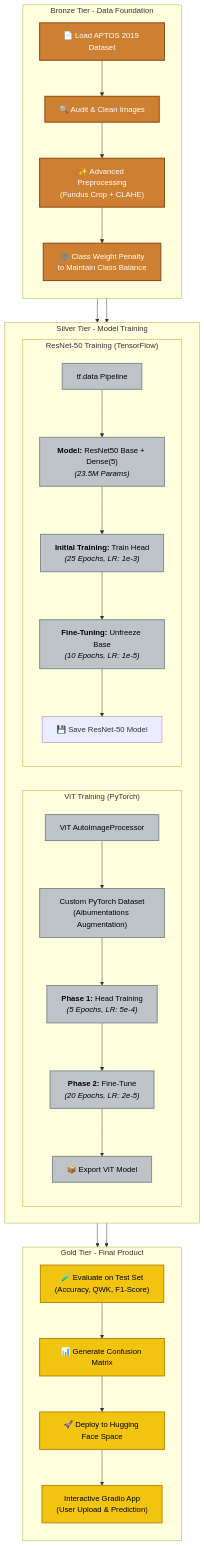
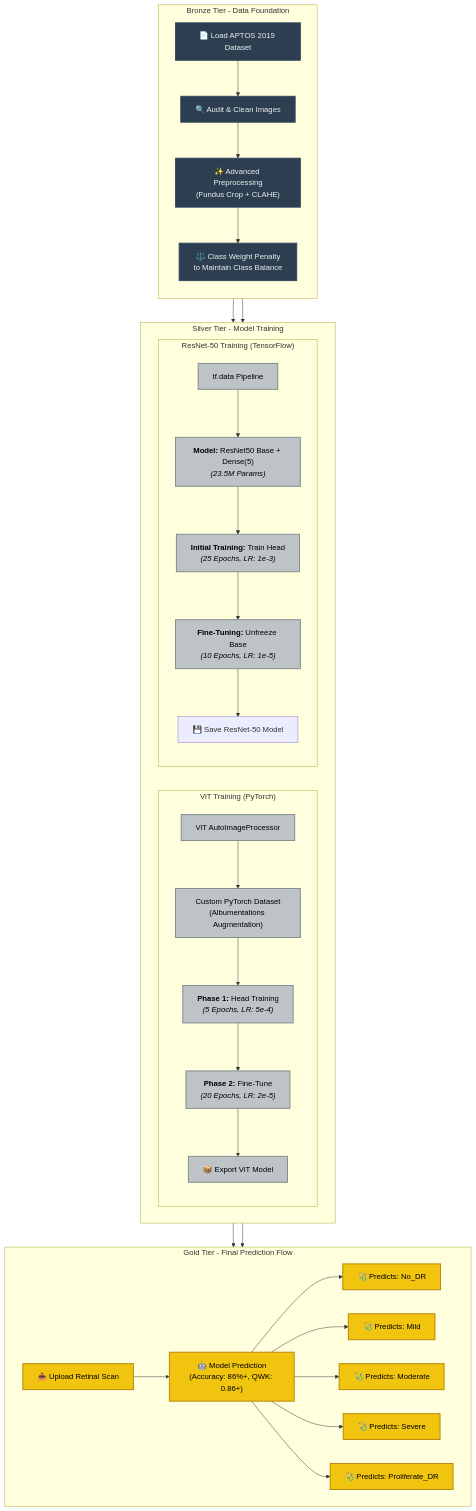
The diagram in README.md (Yeshwanth-git-tech/DiabeticRetinopathy-ViT-Resnet), drawn with Mermaid before and after one commit.

Commit message:
Edit README-f

````diff
--- a/README.md
+++ b/README.md
@@ -7,53 +7,56 @@
 ```mermaid
  flowchart TB
      %% --- Style Definitions ---
-     classDef bronzeStyle fill:#cd7f32,stroke:#8B4513,stroke-width:2px,color:#ffffff
+     classDef bronzeStyle fill:#2c3e50,stroke:#34495e,stroke-width:2px,color:#ecf0f1
      classDef silverStyle fill:#bdc3c7,stroke:#7f8c8d,stroke-width:2px,color:#000000
      classDef goldStyle fill:#f1c40f,stroke:#b8860b,stroke-width:2px,color:#000000
  
      %% --- BRONZE TIER: Data Pipeline ---
      subgraph Bronze Tier - Data Foundation
          direction TB
          A["📄 Load APTOS 2019 Dataset"] --> B["🔍 Audit & Clean Images"]
          B --> C["✨ Advanced Preprocessing<br/>(Fundus Crop + CLAHE)"]
          C --> D["⚖️ Class Weight Penalty<br/>to Maintain Class Balance"]
      end
      class A,B,C,D bronzeStyle
  
      %% --- SILVER TIER: Model Training ---
      subgraph Silver Tier - Model Training
          direction LR
  
          subgraph "ViT Training (PyTorch)"
              direction TB
              G1["ViT AutoImageProcessor"] --> G2["Custom PyTorch Dataset<br/>(Albumentations Augmentation)"]
              G2 --> G3["<b>Phase 1:</b> Head Training<br/><i>(5 Epochs, LR: 5e-4)</i>"]
              G3 --> G4["<b>Phase 2:</b> Fine-Tune<br/><i>(20 Epochs, LR: 2e-5)</i>"]
              G4 --> G5["📦 Export ViT Model"]
          end
  
          subgraph "ResNet-50 Training (TensorFlow)"
              direction TB
              H1["tf.data Pipeline"] --> H2["<b>Model:</b> ResNet50 Base + Dense(5)<br/><i>(23.5M Params)</i>"]
              H2 --> H3["<b>Initial Training:</b> Train Head<br/><i>(25 Epochs, LR: 1e-3)</i>"]
              H3 --> H4["<b>Fine-Tuning:</b> Unfreeze Base<br/><i>(10 Epochs, LR: 1e-5)</i>"]
              H4 --> H5["💾 Save ResNet-50 Model"]
          end
      end
      class G1,G2,G3,G4,G5,H1,H2,H3,H4 silverStyle
  
      %% --- GOLD TIER: Final Product ---
-     subgraph Gold Tier - Final Product
-         direction TB
-         I1["🧪 Evaluate on Test Set<br/>(Accuracy, QWK, F1-Score)"] --> I2["📊 Generate Confusion Matrix"]
-         I2 --> J1["🚀 Deploy to Hugging Face Space"]
-         J1 --> J2["Interactive Gradio App<br/>(User Upload & Prediction)"]
+     subgraph Gold Tier - Final Prediction Flow
+         direction LR
+         I1["📤 Upload Retinal Scan"] --> I2["🤖 Model Prediction<br/>(Accuracy: 86%+, QWK: 0.86+)"]
+         I2 --> I3["🩺 Predicts: No_DR"]
+         I2 --> I4["🩺 Predicts: Mild"]
+         I2 --> I5["🩺 Predicts: Moderate"]
+         I2 --> I6["🩺 Predicts: Severe"]
+         I2 --> I7["🩺 Predicts: Proliferate_DR"]
      end
-     class I1,I2,J1,J2 goldStyle
+     class I1,I2,I3,I4,I5,I6,I7 goldStyle
  
      %% --- Connections ---
      D --> G1
      D --> H1
      G5 --> I1
      H5 --> I1
 ```
````
